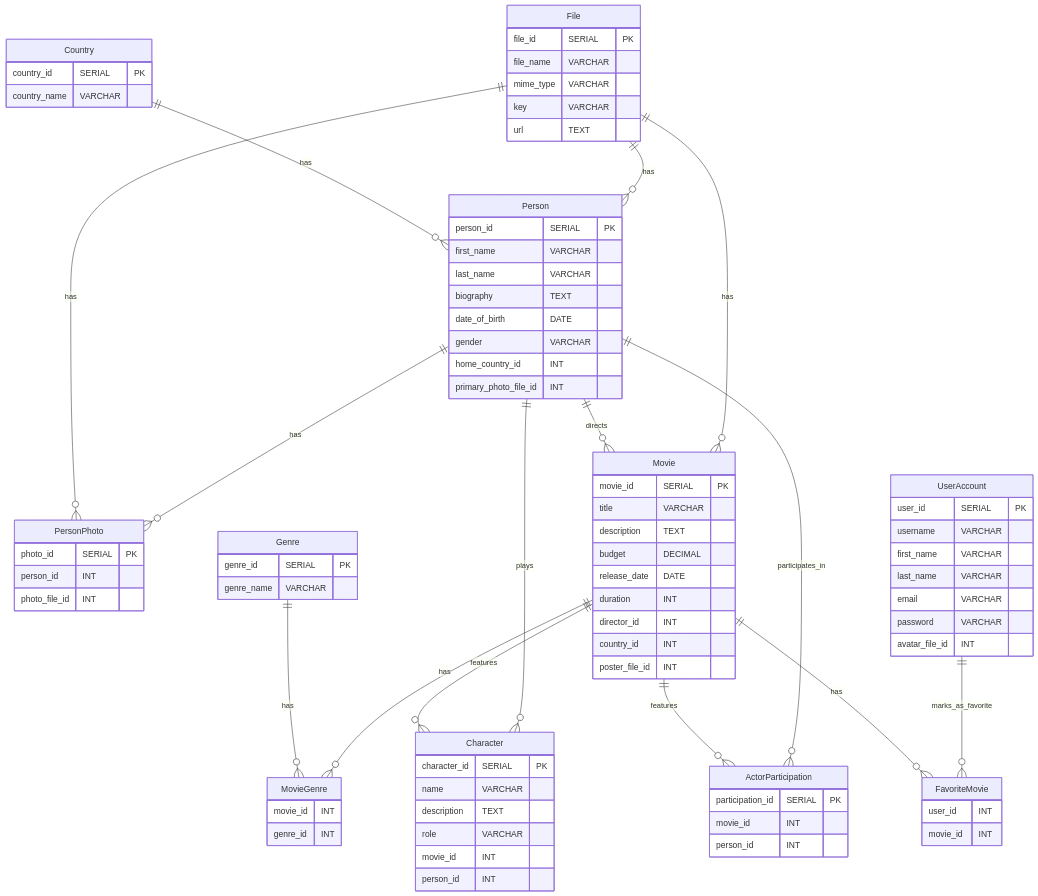
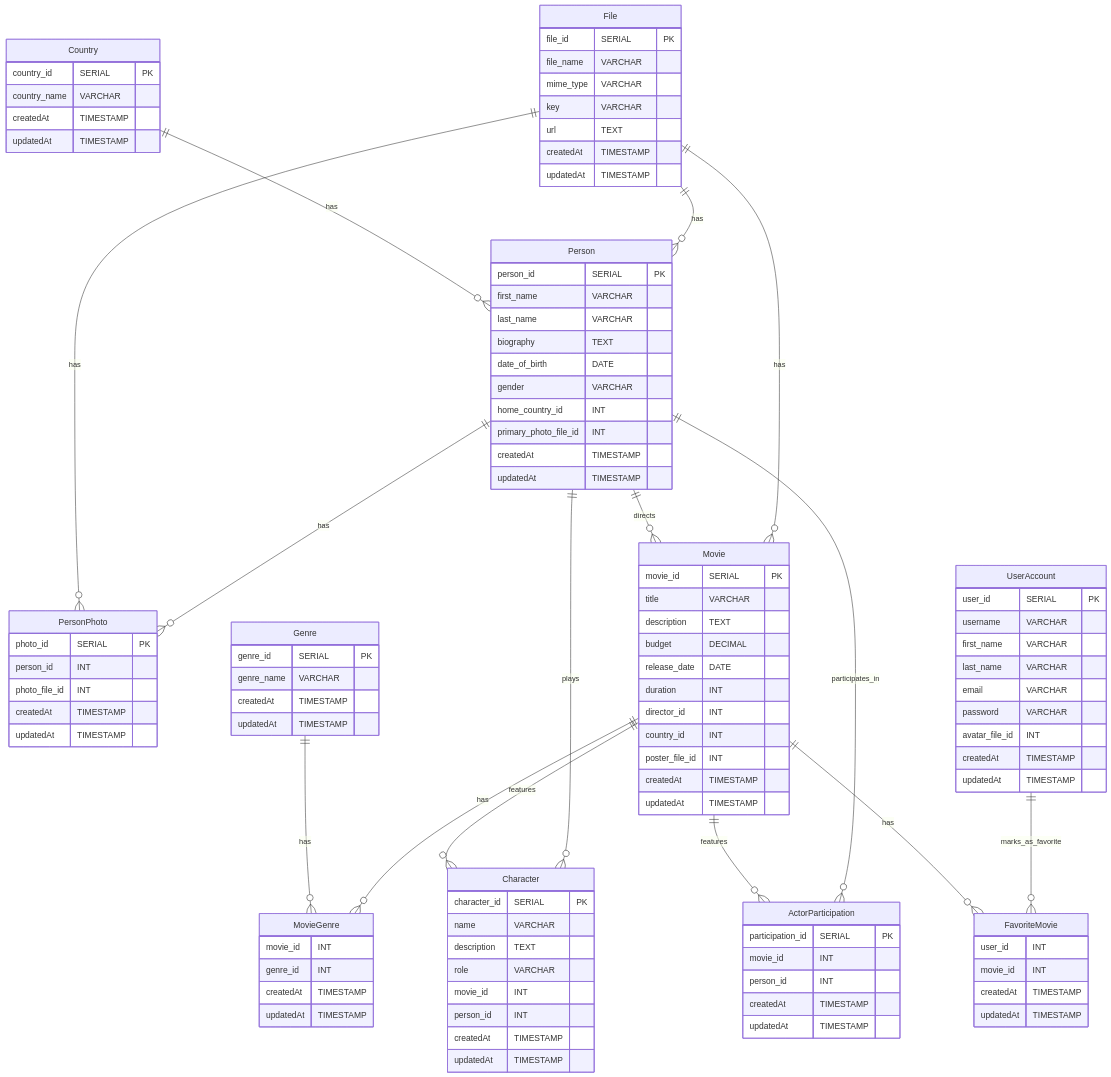
Before and after one commit to FatCaf/db-and-sql: the diagram in README.md, drawn with Mermaid.

Commit message:
update diagram

```diff
--- a/README.md
+++ b/README.md
@@ -9,6 +9,8 @@
     Country {
         country_id SERIAL PK
         country_name VARCHAR
+        createdAt TIMESTAMP
+        updatedAt TIMESTAMP
     }
 
     File {
@@ -17,6 +19,8 @@
         mime_type VARCHAR
         key VARCHAR
         url TEXT
+        createdAt TIMESTAMP
+        updatedAt TIMESTAMP
     }
 
     Person {
@@ -28,17 +32,23 @@
         gender VARCHAR
         home_country_id INT
         primary_photo_file_id INT
+        createdAt TIMESTAMP
+        updatedAt TIMESTAMP
     }
 
     PersonPhoto {
         photo_id SERIAL PK
         person_id INT
         photo_file_id INT
+        createdAt TIMESTAMP
+        updatedAt TIMESTAMP
     }
 
     Genre {
         genre_id SERIAL PK
         genre_name VARCHAR
+        createdAt TIMESTAMP
+        updatedAt TIMESTAMP
     }
 
     Movie {
@@ -51,17 +61,23 @@
         director_id INT
         country_id INT
         poster_file_id INT
+        createdAt TIMESTAMP
+        updatedAt TIMESTAMP
     }
 
     ActorParticipation {
         participation_id SERIAL PK
         movie_id INT
         person_id INT
+        createdAt TIMESTAMP
+        updatedAt TIMESTAMP
     }
 
     MovieGenre {
         movie_id INT
         genre_id INT
+        createdAt TIMESTAMP
+        updatedAt TIMESTAMP
     }
 
     Character {
@@ -71,6 +87,8 @@
         role VARCHAR
         movie_id INT
         person_id INT
+        createdAt TIMESTAMP
+        updatedAt TIMESTAMP
     }
 
     UserAccount {
@@ -81,11 +99,15 @@
         email VARCHAR
         password VARCHAR
         avatar_file_id INT
+        createdAt TIMESTAMP
+        updatedAt TIMESTAMP
     }
 
     FavoriteMovie {
         user_id INT
         movie_id INT
+        createdAt TIMESTAMP
+        updatedAt TIMESTAMP
     }
 
     %% Relationships
```
